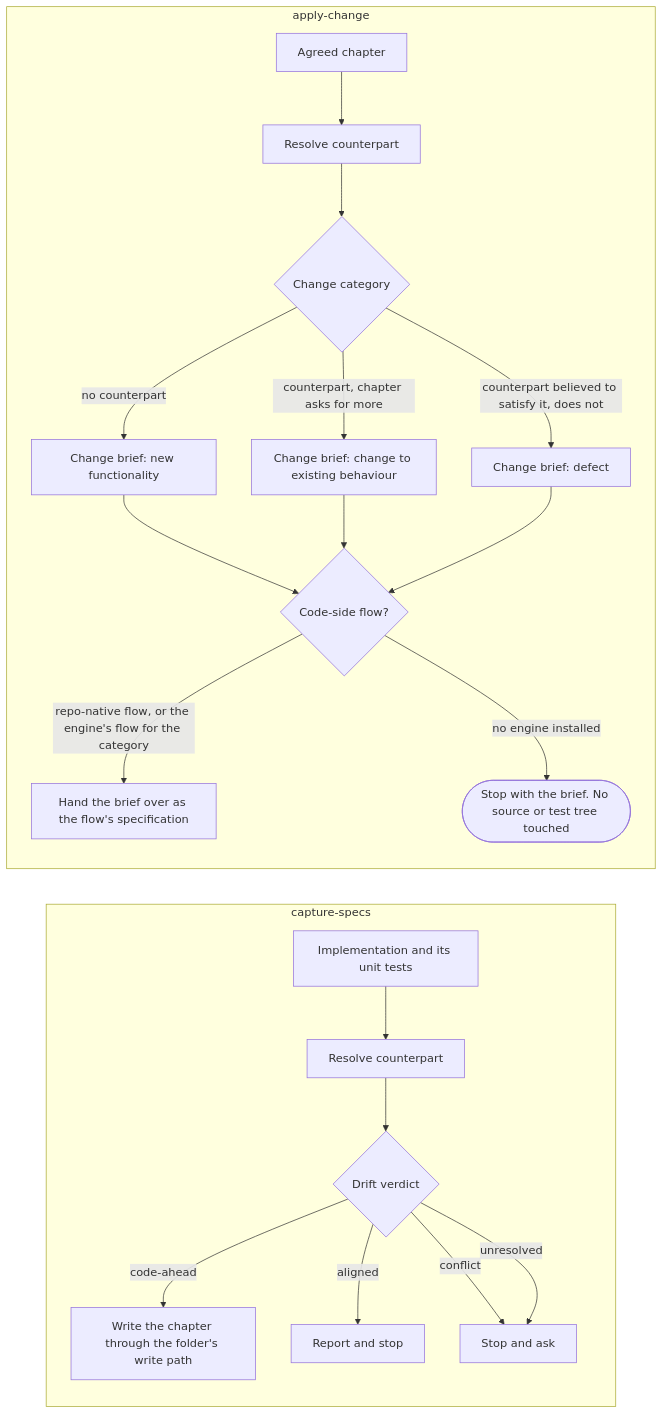
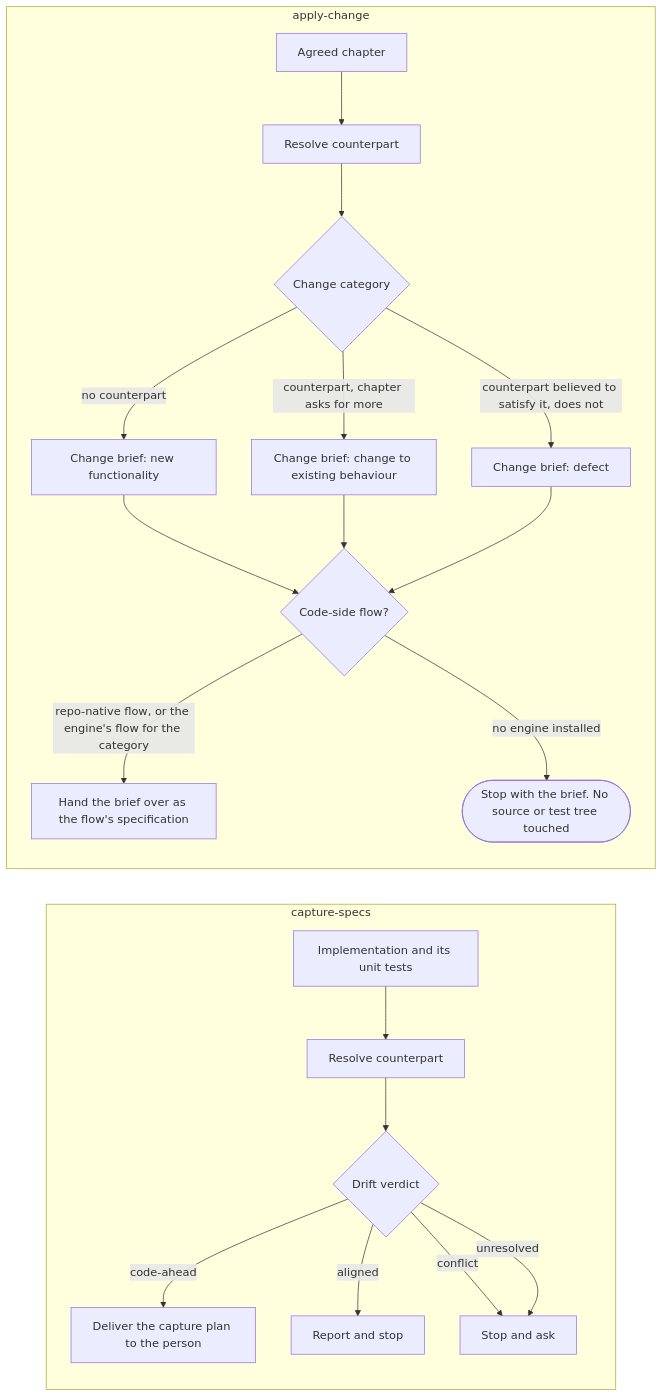
The fourth of 4 diagrams in .devbook/arc42/building-blocks/devbook.md (JSdotNet/devbook), drawn with Mermaid before and after one commit. The commit also changed other lines of this file and 11 other files, not shown here.

First line of the commit message:
devbook: capture-specs delivers a plan instead of writing a chapter

````diff
--- a/.devbook/arc42/building-blocks/devbook.md
+++ b/.devbook/arc42/building-blocks/devbook.md
@@ -671,24 +676,24 @@
 ```mermaid
 flowchart LR
     subgraph capture["capture-specs"]
         code["Implementation and its unit tests"] --> resolveA["Resolve counterpart"]
         resolveA --> verdictA{"Drift verdict"}
-        verdictA -->|"code-ahead"| write["Write the chapter through the folder's write path"]
+        verdictA -->|"code-ahead"| write["Deliver the capture plan to the person"]
         verdictA -->|"aligned"| noop["Report and stop"]
         verdictA -->|"conflict"| ask["Stop and ask"]
         verdictA -->|"unresolved"| ask
     end
 
     subgraph build["apply-change"]
         chapter["Agreed chapter"] --> resolveB["Resolve counterpart"]
         resolveB --> category{"Change category"}
         category -->|"no counterpart"| brief["Change brief: new functionality"]
         category -->|"counterpart, chapter asks for more"| brief2["Change brief: change to existing behaviour"]
         category -->|"counterpart believed to satisfy it, does not"| brief3["Change brief: defect"]
         brief --> route{"Code-side flow?"}
         brief2 --> route
         brief3 --> route
         route -->|"repo-native flow, or the engine's flow for the category"| handoff["Hand the brief over as the flow's specification"]
         route -->|"no engine installed"| stop(["Stop with the brief. No source or test tree touched"])
     end
 ```
````
